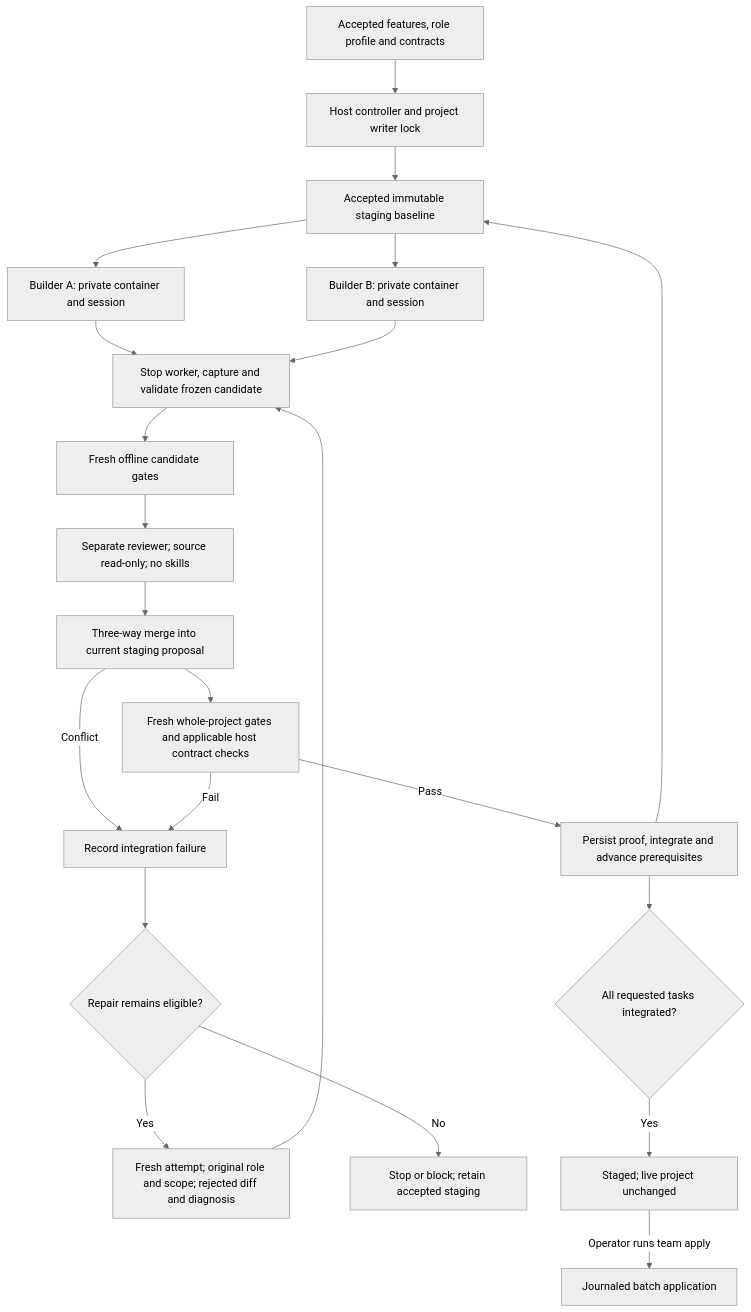
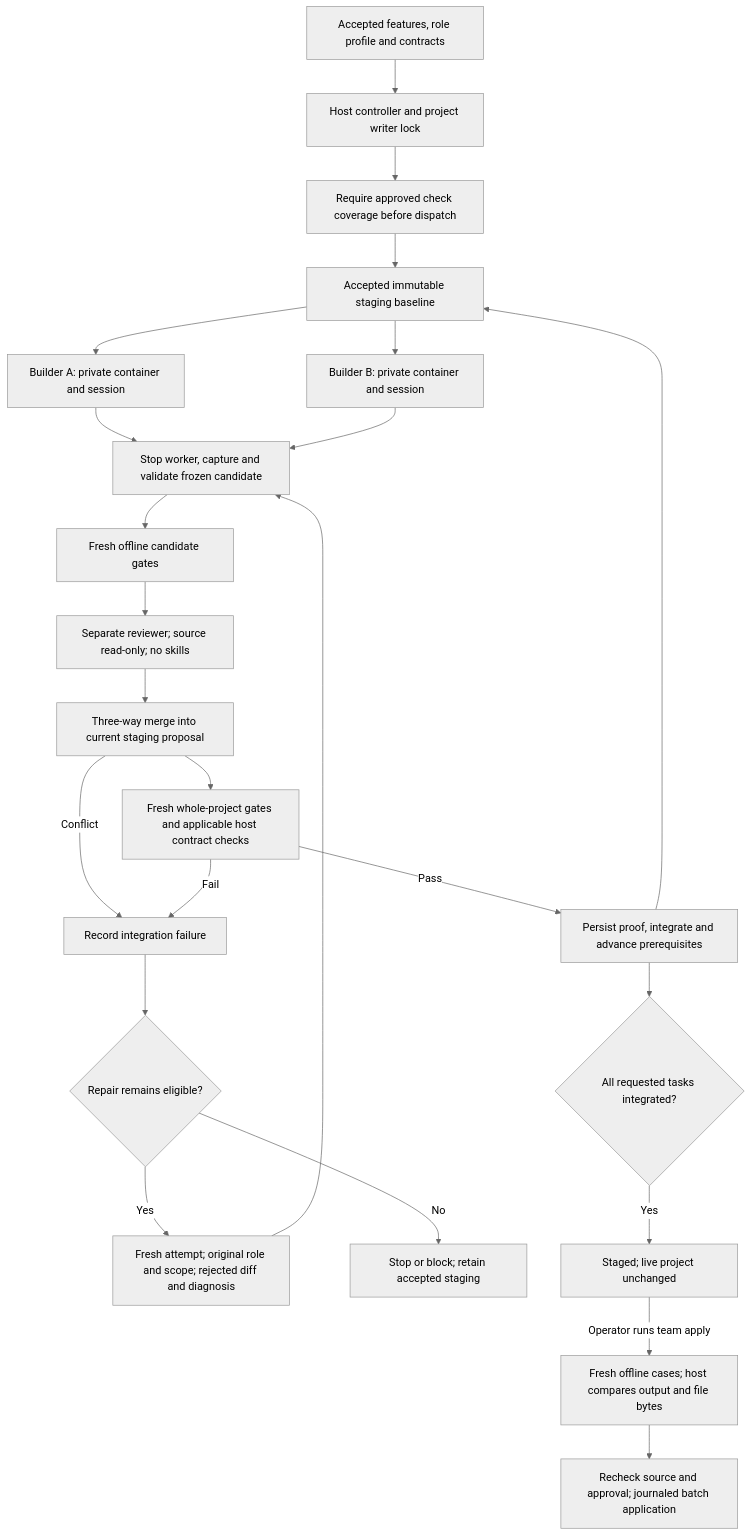
The second of 6 diagrams in ARCHITECTURE.md (BleOdel/agent-harness), drawn with Mermaid (neutral theme) before and after one commit. The commit also changed other lines of this file and 45 other files, not shown here.

````diff
--- a/ARCHITECTURE.md
+++ b/ARCHITECTURE.md
@@ -45,24 +56,26 @@
 ```mermaid
 flowchart TD
   T["Accepted features, role profile and contracts"] --> H["Host controller and project writer lock"]
-  H --> S["Accepted immutable staging baseline"]
+  H --> P["Require approved check coverage before dispatch"]
+  P --> S["Accepted immutable staging baseline"]
   S --> A["Builder A: private container and session"]
   S --> B["Builder B: private container and session"]
   A --> C["Stop worker, capture and validate frozen candidate"]
   B --> C
   C --> G["Fresh offline candidate gates"]
   G --> R["Separate reviewer; source read-only; no skills"]
   R --> M["Three-way merge into current staging proposal"]
   M --> V["Fresh whole-project gates and applicable host contract checks"]
   V -->|Pass| I["Persist proof, integrate and advance prerequisites"]
   I --> S
   M -->|Conflict| F["Record integration failure"]
   V -->|Fail| F
   F --> Q{"Repair remains eligible?"}
   Q -->|Yes| D["Fresh attempt; original role and scope; rejected diff and diagnosis"]
   D --> C
   Q -->|No| X["Stop or block; retain accepted staging"]
   I --> E{"All requested tasks integrated?"}
   E -->|Yes| Z["Staged; live project unchanged"]
-  Z -->|Operator runs team apply| J["Journaled batch application"]
+  Z -->|Operator runs team apply| AC["Fresh offline cases; host compares output and file bytes"]
+  AC --> J["Recheck source and approval; journaled batch application"]
 ```
````
